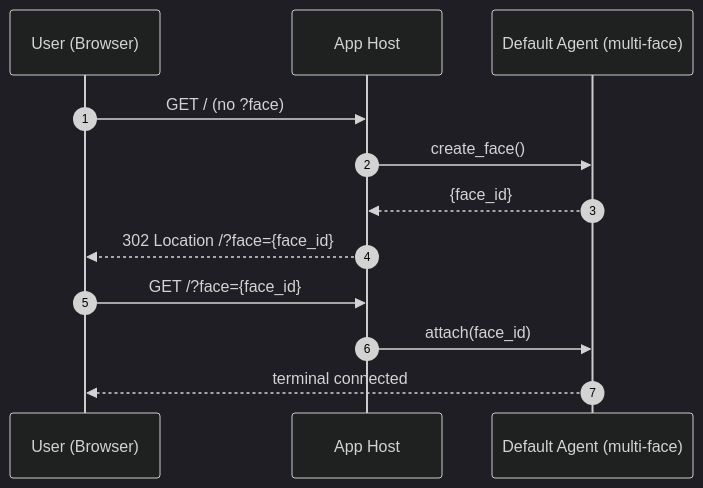
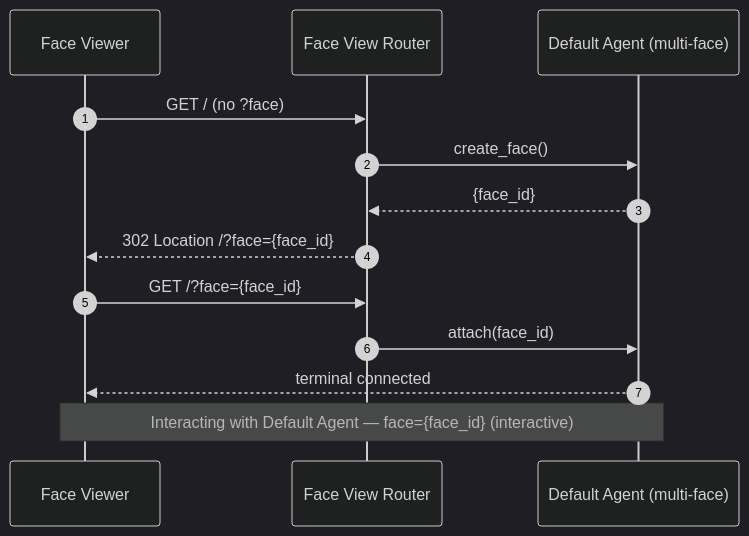
The first of 6 diagrams in design/docs/USER-FLOW.md (dreamcatcher-tech/artifact-codex), drawn with Mermaid (dark theme) before and after one commit. The commit also changed other lines of this file and 17 other files, not shown here.

Commit message:
face router

````diff
--- a/design/docs/USER-FLOW.md
+++ b/design/docs/USER-FLOW.md
@@ -15,14 +15,15 @@
 ```mermaid
 sequenceDiagram
   autonumber
-  participant U as User (Browser)
-  participant F as App Host
+  participant U as Face Viewer
+  participant FVR as Face View Router
   participant A as Default Agent (multi-face)
-  U->>F: GET / (no ?face)
-  F->>A: create_face()
-  A-->>F: {face_id}
-  F-->>U: 302 Location /?face={face_id}
-  U->>F: GET /?face={face_id}
-  F->>A: attach(face_id)
+  U->>FVR: GET / (no ?face)
+  FVR->>A: create_face()
+  A-->>FVR: {face_id}
+  FVR-->>U: 302 Location /?face={face_id}
+  U->>FVR: GET /?face={face_id}
+  FVR->>A: attach(face_id)
   A-->>U: terminal connected
+  Note over U,A: Interacting with Default Agent — face={face_id} (interactive)
 ```
````
